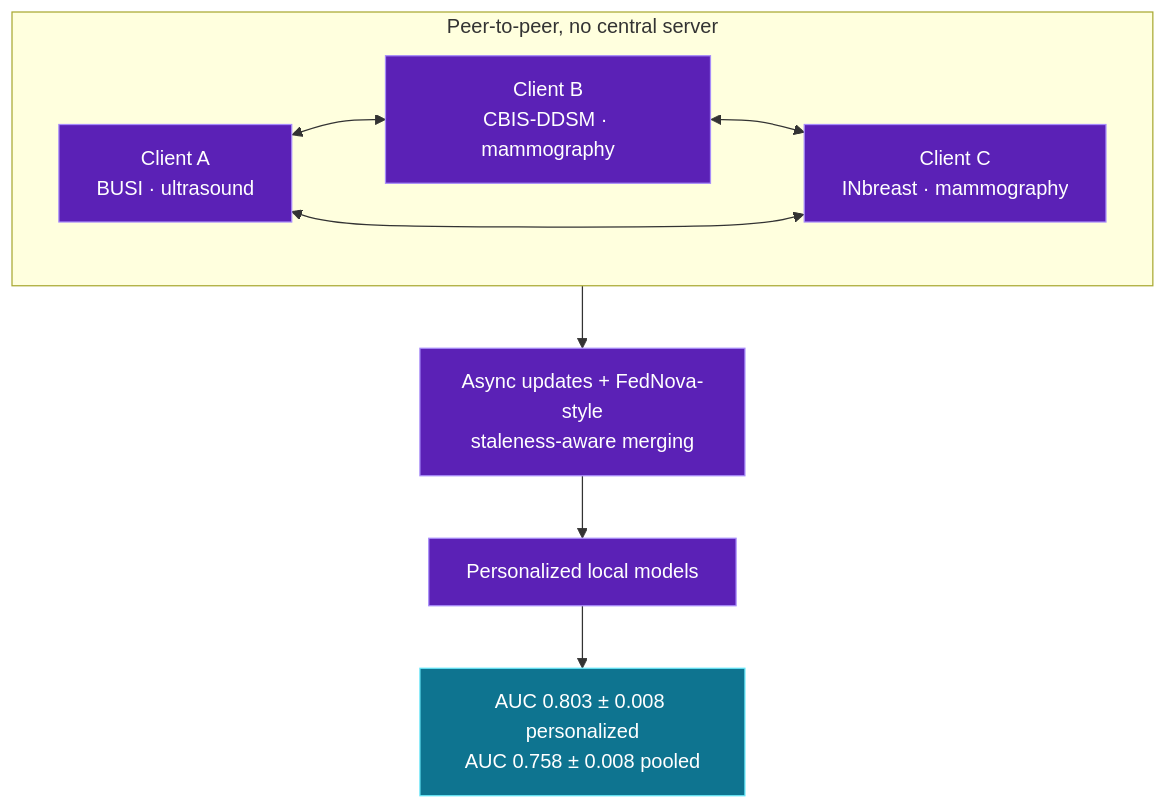
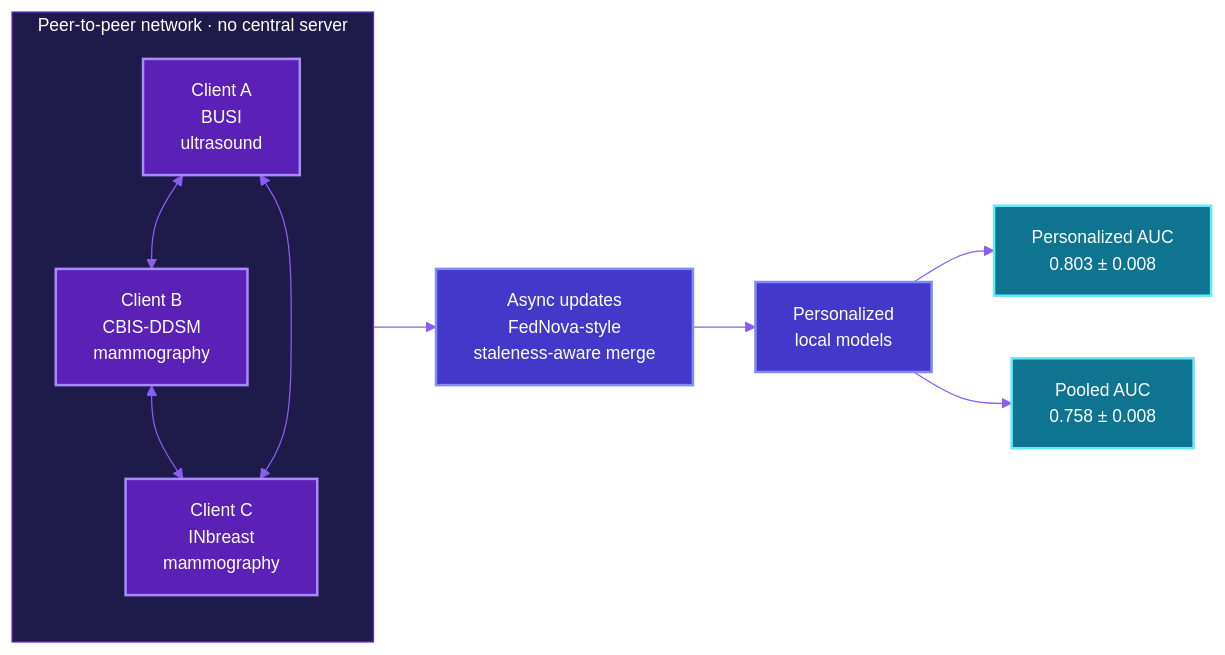
Before and after one commit to Harjotsingh0311/Harjotsingh0311: the first of 5 diagrams in README.md, drawn with Mermaid. The commit also changed other lines of this file, not shown here.

````diff
--- a/README.md
+++ b/README.md
@@ -108,16 +118,25 @@
 ```mermaid
-flowchart TB
-    subgraph P2P["Peer-to-peer, no central server"]
-        A["Client A<br/>BUSI · ultrasound"] <--> B["Client B<br/>CBIS-DDSM · mammography"]
-        B <--> C["Client C<br/>INbreast · mammography"]
+%%{init: {"theme": "base", "themeVariables": {"fontFamily": "ui-monospace, SFMono-Regular, Menlo, monospace", "fontSize": "14px", "primaryColor": "#5b21b6", "primaryTextColor": "#ffffff", "primaryBorderColor": "#a78bfa", "lineColor": "#8b5cf6", "textColor": "#ffffff", "titleColor": "#ffffff", "nodeTextColor": "#ffffff", "tertiaryTextColor": "#ffffff", "clusterBkg": "#1e1b4b", "clusterBorder": "#6d28d9", "edgeLabelBackground": "#312e81"}}}%%
+flowchart LR
+    subgraph NET["Peer-to-peer network · no central server"]
+        direction TB
+        A["Client A<br/>BUSI<br/>ultrasound"]
+        B["Client B<br/>CBIS-DDSM<br/>mammography"]
+        C["Client C<br/>INbreast<br/>mammography"]
+        A <--> B
+        B <--> C
         C <--> A
     end
-    P2P --> M["Async updates + FedNova-style<br/>staleness-aware merging"]
-    M --> PERS["Personalized local models"]
-    PERS --> R["AUC 0.803 ± 0.008 personalized<br/>AUC 0.758 ± 0.008 pooled"]
 
-    classDef node fill:#5b21b6,stroke:#a78bfa,color:#ffffff;
-    classDef out fill:#0e7490,stroke:#67e8f9,color:#ffffff;
-    class A,B,C,M,PERS node;
-    class R out;
+    NET --> M["Async updates<br/>FedNova-style<br/>staleness-aware merge"]
+    M --> PL["Personalized<br/>local models"]
+    PL --> R1["Personalized AUC<br/>0.803 ± 0.008"]
+    PL --> R2["Pooled AUC<br/>0.758 ± 0.008"]
+
+    classDef peer fill:#5b21b6,stroke:#a78bfa,stroke-width:2px,color:#ffffff
+    classDef core fill:#4338ca,stroke:#818cf8,stroke-width:2px,color:#ffffff
+    classDef result fill:#0e7490,stroke:#67e8f9,stroke-width:2px,color:#ffffff
+    class A,B,C peer
+    class M,PL core
+    class R1,R2 result
 ```
````
